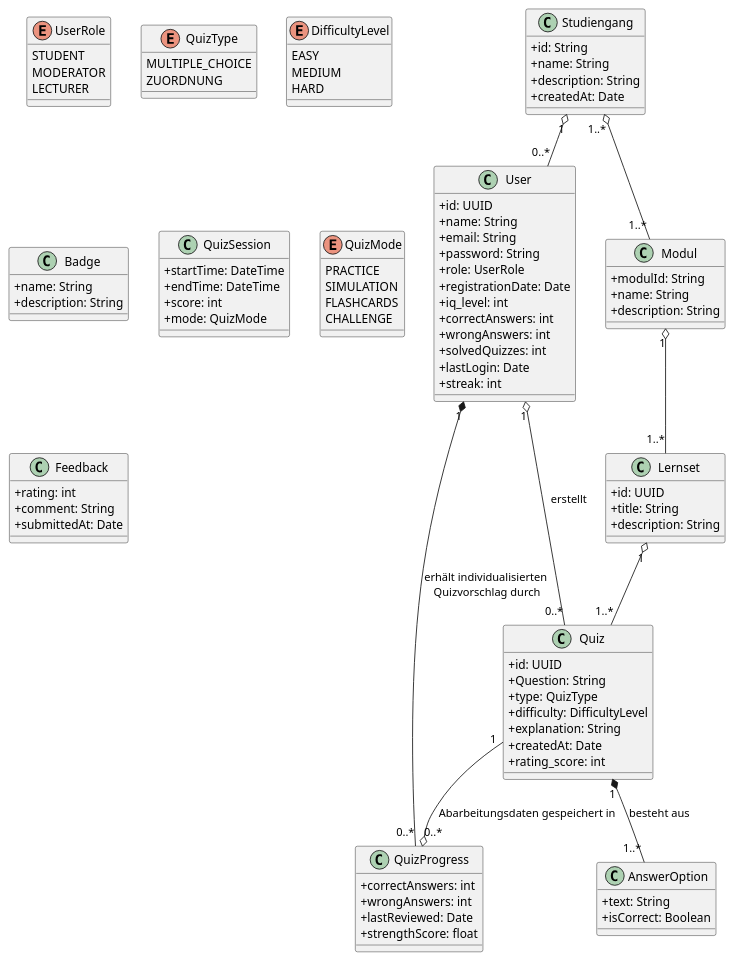
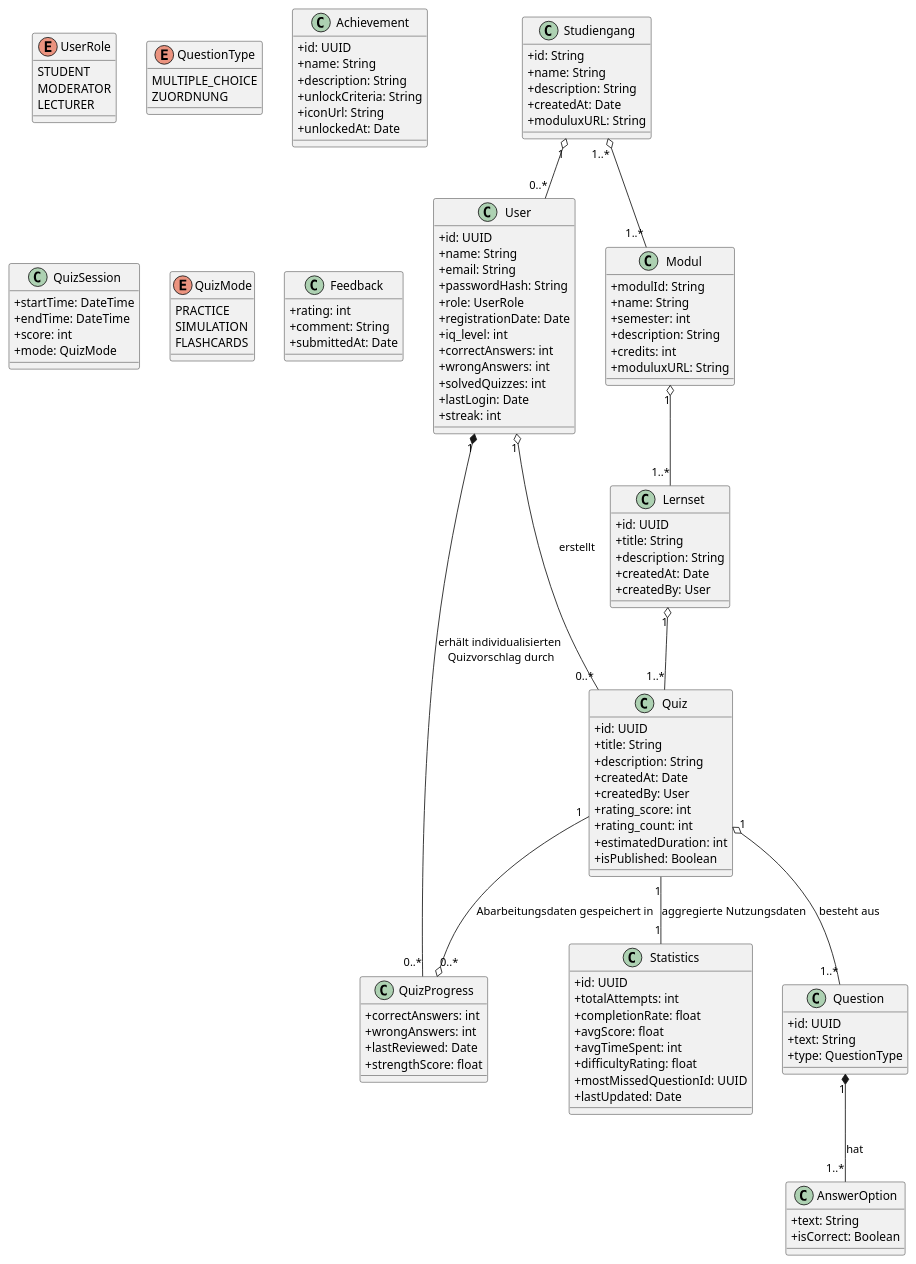
The diagram in docs/requirements/images/dommodell.puml (Gorg-tech/StudIQ), drawn with PlantUML before and after one commit.

Commit message:
User-Attribute angepasst, Quiz und Statistics umstrukturiert, Badge zu Achievement umbenannt

```diff
--- a/docs/requirements/images/dommodell.puml
+++ b/docs/requirements/images/dommodell.puml
@@ -1,131 +1,154 @@
 @startuml
 skinparam classAttributeIconSize 0
 
 ' ----------------------------
 '      Entitäten / Klassen
 ' ----------------------------
 
 class User {
   +id: UUID
   +name: String
   +email: String
-  +password: String
+  +passwordHash: String
   +role: UserRole
   +registrationDate: Date
   +iq_level: int
   +correctAnswers: int
   +wrongAnswers: int
   +solvedQuizzes: int 
   +lastLogin: Date
   'zusätzliche Speicherung der solvedQuizzes, 
   'da bei Referenz auf Quiz nach Löschen dieses Probleme entstehen
   +streak: int
 }
 
 enum UserRole {
   STUDENT
   MODERATOR
   LECTURER
 }
 
 class Modul {
   +modulId: String
   +name: String
-  '+semester: String
+  +semester: int
   +description: String
+  +credits: int
+  +moduluxURL: String
 }
 
 class Lernset {
   +id: UUID
   +title: String
   +description: String
+  +createdAt: Date
+  +createdBy: User
 }
 
 class Quiz {
   +id: UUID
-  +Question: String
-  +type: QuizType
-  +difficulty: DifficultyLevel
-  +explanation: String
+  +title: String
+  +description: String
   +createdAt: Date
+  +createdBy: User
   +rating_score: int
+  +rating_count: int
+  +estimatedDuration: int
+  +isPublished: Boolean
 }
 
-enum QuizType {
+class Statistics {
+  +id: UUID
+  +totalAttempts: int
+  +completionRate: float
+  +avgScore: float
+  +avgTimeSpent: int
+  +difficultyRating: float
+  +mostMissedQuestionId: UUID
+  +lastUpdated: Date
+}
+
+class Question {
+  +id: UUID
+  +text: String
+  +type: QuestionType
+}
+
+enum QuestionType {
   MULTIPLE_CHOICE
   'FREITEXT
   ZUORDNUNG
-}
-
-enum DifficultyLevel {
-  EASY
-  MEDIUM
-  HARD
 }
 
 class AnswerOption {
   +text: String
   +isCorrect: Boolean
 }
 
 class QuizProgress {
   +correctAnswers: int
   +wrongAnswers: int
   +lastReviewed: Date
   +strengthScore: float
 }
 
-class Badge {
+class Achievement {
+  +id: UUID
   +name: String
   +description: String
+  +unlockCriteria: String
+  +iconUrl: String
+  +unlockedAt: Date
 }
 
 class QuizSession {
   +startTime: DateTime
   +endTime: DateTime
   +score: int
   +mode: QuizMode
 }
 
 enum QuizMode {
   PRACTICE
   SIMULATION
   FLASHCARDS
-  CHALLENGE
 }
 
 class Feedback {
   +rating: int
   +comment: String
   +submittedAt: Date
 }
 
 class Studiengang {
   +id: String
   +name: String
   +description: String
   +createdAt: Date
+  +moduluxURL: String
 }
 
 
 ' ----------------------------
 '      Beziehungen
 ' ----------------------------
 User "1" *-- "0..*" QuizProgress : erhält individualisierten\n Quizvorschlag durch
 'User "1" *-- "0..*" QuizSession
 'User "1" o-- "0..*" Feedback
-'User "1" o-- "0..*" Badge
+'User "1" o-- "0..*" Achievement : erhält
 User "1" o-- "0..*" Quiz : erstellt
 Studiengang "1" o-- "0..*" User
 
 'User "1" -- "0..*" StudyGroup : istMitglied
 'StudyGroup "1" -- "0..*" QuizSession : gemeinsameQuizze
 
 Modul "1" o-- "1..*" Lernset
 Lernset "1" o-- "1..*" Quiz
-Quiz "1" *-- "1..*" AnswerOption : besteht aus
+Quiz "1" o-- "1..*" Question : besteht aus
+Question "1" *-- "1..*" AnswerOption : hat
 'Quiz "1" *-- "0..*" Feedback
 Quiz "1" --o "0..*" QuizProgress : Abarbeitungsdaten gespeichert in
+Quiz "1" -- "1" Statistics : aggregierte Nutzungsdaten
 'Quiz "0..*" -- "1" LearningHistory : Referenz auf 
 Studiengang "1..*" o-- "1..*" Modul 
 @enduml
```
